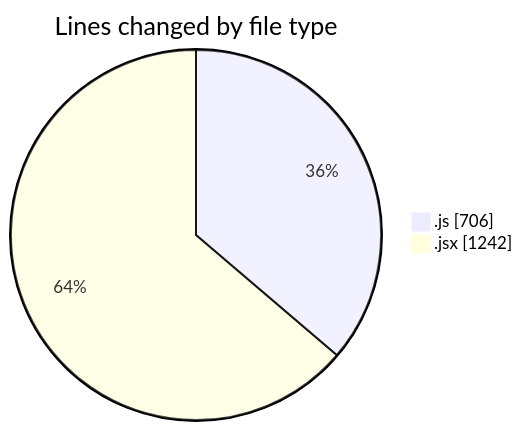
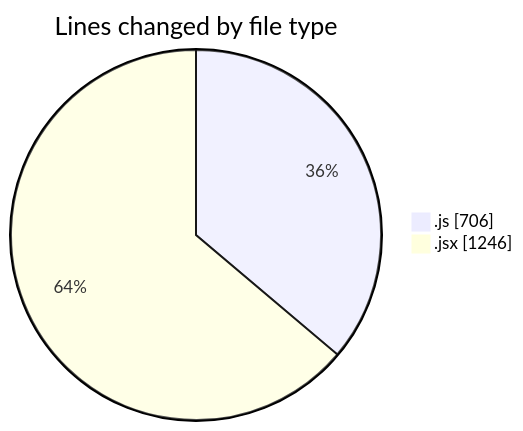
One commit to nxtqubesakshisongat/code-tracking changed the first of 2 diagrams in 2025-05-31/nxtqube_webapp/README.md. Above: the diagram before and after it, drawn with Mermaid. The commit also changed other lines of this file and 1 other file, not shown here.

````diff
--- a/2025-05-31/nxtqube_webapp/README.md
+++ b/2025-05-31/nxtqube_webapp/README.md
@@ -27,6 +27,6 @@
 ```mermaid
 pie showData
 title Lines changed by file type
 ".js" : 706
-".jsx" : 1242
+".jsx" : 1246
 ```
````
